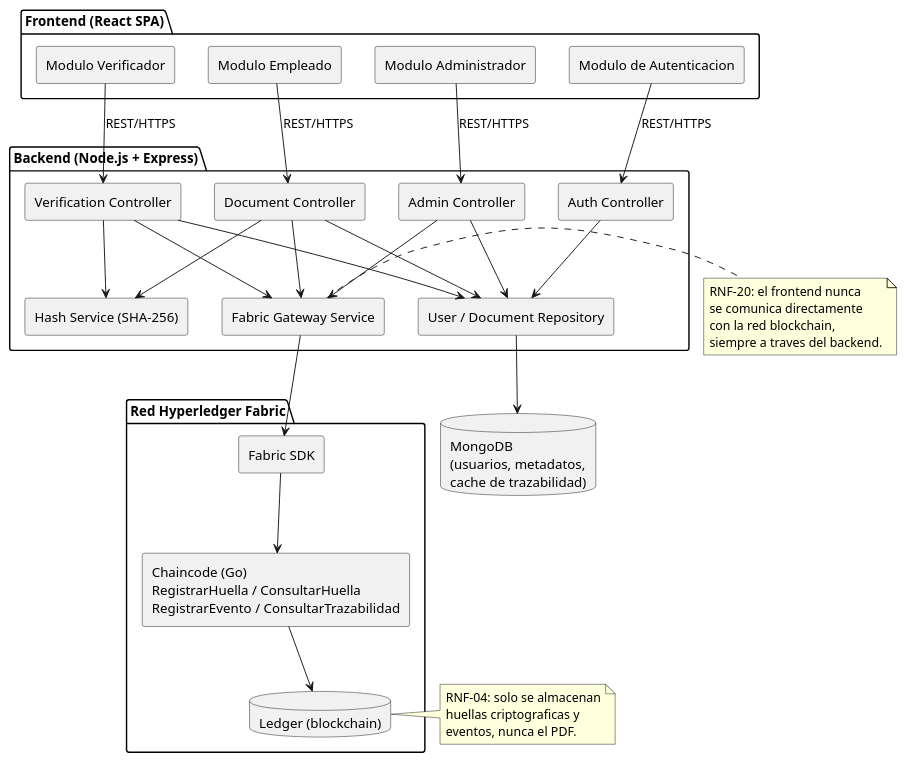
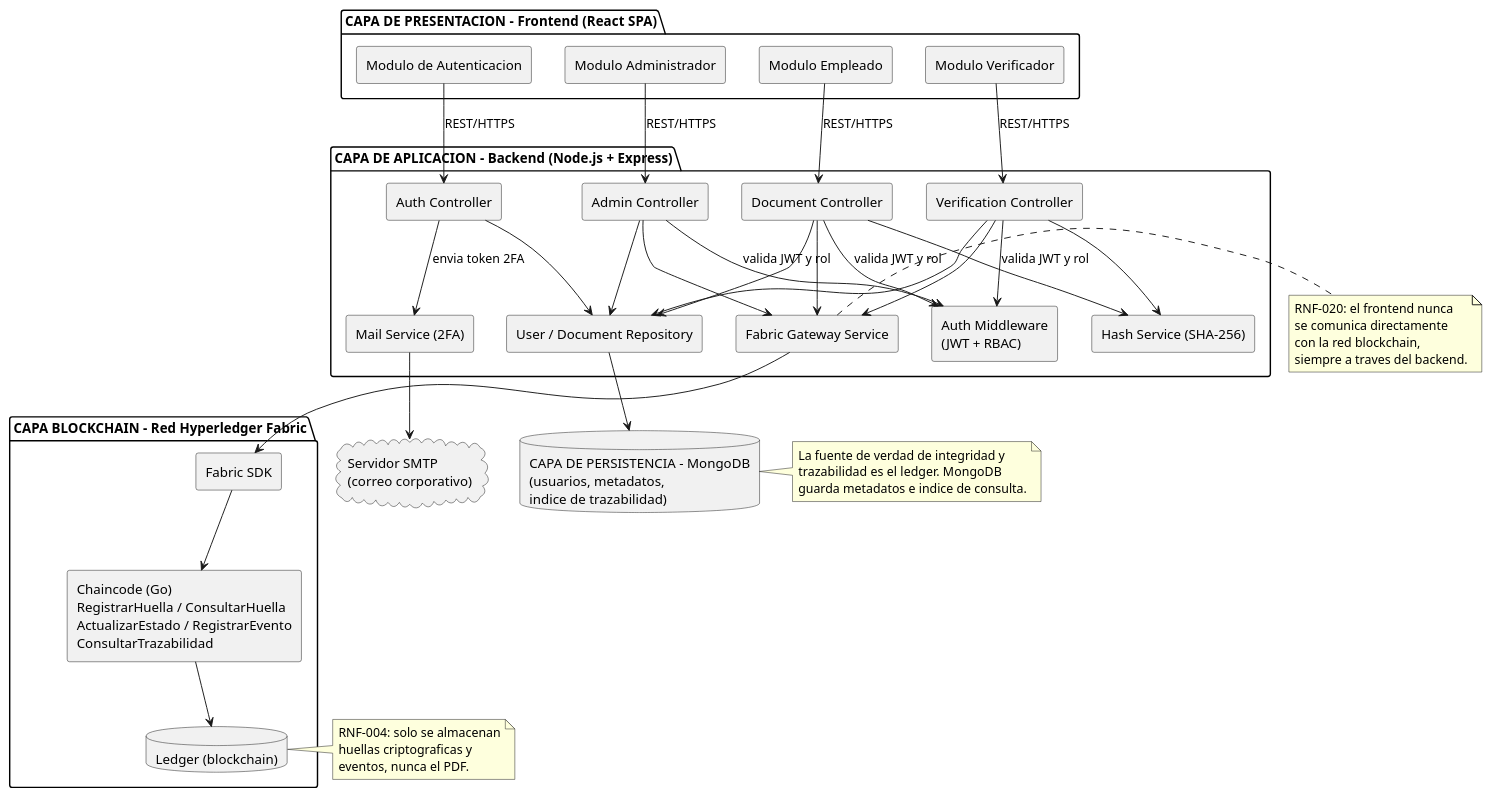
The diagram in docs/uml/01-diagrama-componentes.puml (swummen/Blockchain_Contratos), drawn with PlantUML before and after one commit.

Commit message:
Update UML diagram components and notes

```diff
--- a/docs/uml/01-diagrama-componentes.puml
+++ b/docs/uml/01-diagrama-componentes.puml
@@ -1,61 +1,75 @@
 @startuml 01-diagrama-componentes
 skinparam componentStyle rectangle
 
-package "Frontend (React SPA)" {
+package "CAPA DE PRESENTACION - Frontend (React SPA)" {
   [Modulo de Autenticacion] as UI_Auth
   [Modulo Empleado] as UI_Empleado
   [Modulo Verificador] as UI_Verificador
   [Modulo Administrador] as UI_Admin
 }
 
-package "Backend (Node.js + Express)" {
+package "CAPA DE APLICACION - Backend (Node.js + Express)" {
   [Auth Controller] as C_Auth
   [Document Controller] as C_Doc
   [Verification Controller] as C_Verif
   [Admin Controller] as C_Admin
   [Hash Service (SHA-256)] as S_Hash
   [Fabric Gateway Service] as S_Fabric
   [User / Document Repository] as S_Repo
+  [Auth Middleware\n(JWT + RBAC)] as S_AuthMW
+  [Mail Service (2FA)] as S_Mail
 }
 
-database "MongoDB\n(usuarios, metadatos,\ncache de trazabilidad)" as DB
+database "CAPA DE PERSISTENCIA - MongoDB\n(usuarios, metadatos,\nindice de trazabilidad)" as DB
 
-package "Red Hyperledger Fabric" {
+package "CAPA BLOCKCHAIN - Red Hyperledger Fabric" {
   [Fabric SDK] as SDK
-  [Chaincode (Go)\nRegistrarHuella / ConsultarHuella\nRegistrarEvento / ConsultarTrazabilidad] as CC
+  [Chaincode (Go)\nRegistrarHuella / ConsultarHuella\nActualizarEstado / RegistrarEvento\nConsultarTrazabilidad] as CC
   database "Ledger (blockchain)" as Ledger
 }
 
+cloud "Servidor SMTP\n(correo corporativo)" as SMTP
 UI_Auth --> C_Auth : REST/HTTPS
 UI_Empleado --> C_Doc : REST/HTTPS
 UI_Verificador --> C_Verif : REST/HTTPS
 UI_Admin --> C_Admin : REST/HTTPS
 
 C_Auth --> S_Repo
 C_Doc --> S_Hash
 C_Doc --> S_Fabric
 C_Doc --> S_Repo
 C_Verif --> S_Hash
 C_Verif --> S_Fabric
 C_Verif --> S_Repo
 C_Admin --> S_Repo
 C_Admin --> S_Fabric
+C_Auth --> S_Mail : envia token 2FA
+S_Mail --> SMTP
+C_Doc --> S_AuthMW : valida JWT y rol
+C_Verif --> S_AuthMW : valida JWT y rol
+C_Admin --> S_AuthMW : valida JWT y rol
 
 S_Repo --> DB
 S_Fabric --> SDK
 SDK --> CC
 CC --> Ledger
 
 note right of S_Fabric
-  RNF-20: el frontend nunca
+  RNF-020: el frontend nunca
   se comunica directamente
   con la red blockchain,
   siempre a traves del backend.
 end note
 
 note right of Ledger
-  RNF-04: solo se almacenan
+  RNF-004: solo se almacenan
   huellas criptograficas y
   eventos, nunca el PDF.
 end note
+
+note right of DB
+  La fuente de verdad de integridad y
+  trazabilidad es el ledger. MongoDB
+  guarda metadatos e indice de consulta.
+end note
 @enduml
```
